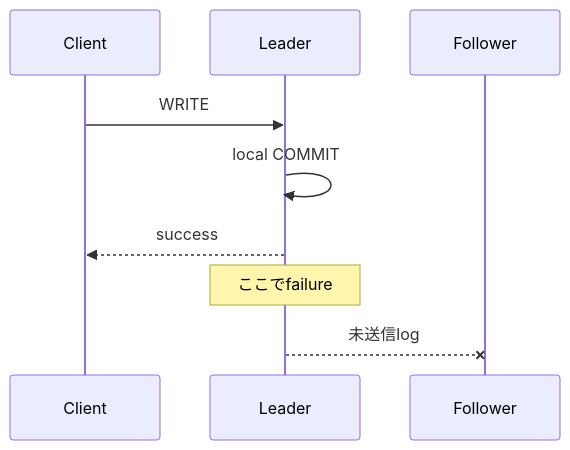
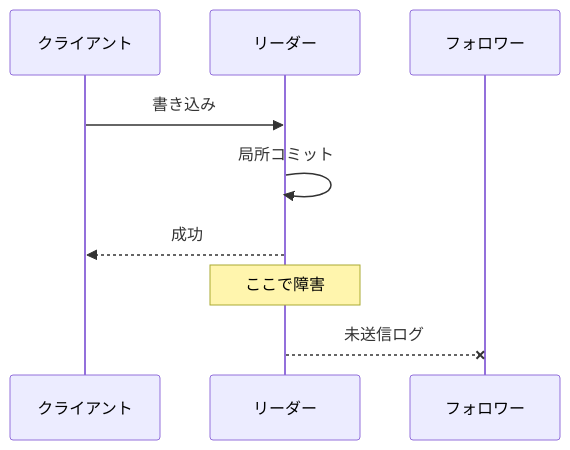
The second of 3 diagrams in src/content/docs/05-distributed-db/13-replication-consistency.md (hirunebot/database-systems-book), drawn with Mermaid before and after one commit. The commit also changed other lines of this file and 42 other files, not shown here.

````diff
--- a/src/content/docs/05-distributed-db/13-replication-consistency.md
+++ b/src/content/docs/05-distributed-db/13-replication-consistency.md
@@ -137,11 +137,11 @@
 ```mermaid
 sequenceDiagram
-    participant Client
-    participant Leader
-    participant Follower
-    Client->>Leader: WRITE
-    Leader->>Leader: local COMMIT
-    Leader-->>Client: success
-    Note over Leader: ここでfailure
-    Leader--xFollower: 未送信log
+    participant Client as クライアント
+    participant Leader as リーダー
+    participant Follower as フォロワー
+    Client->>Leader: 書き込み
+    Leader->>Leader: 局所コミット
+    Leader-->>Client: 成功
+    Note over Leader: ここで障害
+    Leader--xFollower: 未送信ログ
 ```
````
